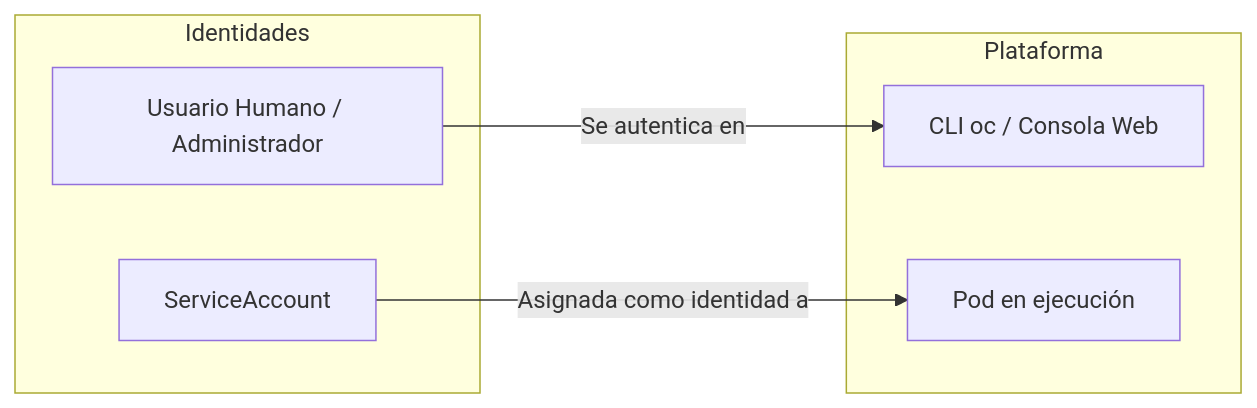
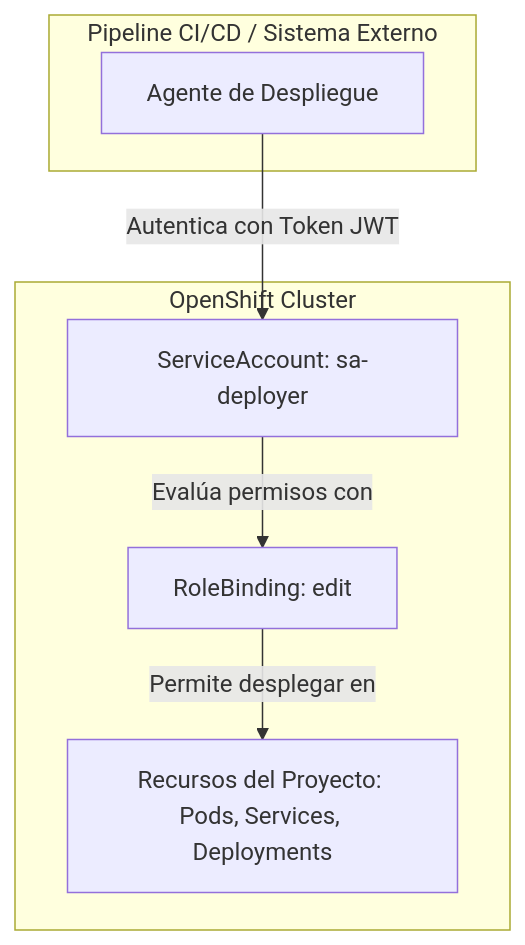
One commit to ieftraining/curso-openshift changed the fifth of 7 diagrams in docs/sesion4/4.1 Proyectos y permisos.md. Above: the diagram before and after it, drawn with Mermaid. The commit also changed other lines of this file, not shown here.

````diff
--- a/docs/sesion4/4.1 Proyectos y permisos.md
+++ b/docs/sesion4/4.1 Proyectos y permisos.md
@@ -83,15 +189,16 @@
 ```mermaid
-flowchart LR
-    subgraph Identidades
-        U[Usuario Humano / Administrador]
-        SA[ServiceAccount]
+flowchart TD
+    subgraph Pipeline CI/CD / Sistema Externo
+        A[Agente de Despliegue]
     end
 
-    subgraph Plataforma
-        CLI[CLI oc / Consola Web]
-        P[Pod en ejecución]
+    subgraph OpenShift Cluster
+        B[ServiceAccount: sa-deployer]
+        C[RoleBinding: edit]
+        D[Recursos del Proyecto: Pods, Services, Deployments]
     end
 
-    U -->|Se autentica en| CLI
-    SA -->|Asignada como identidad a| P
+    A -->|Autentica con Token JWT| B
+    B -->|Evalúa permisos con| C
+    C -->|Permite desplegar en| D
 ```
````
